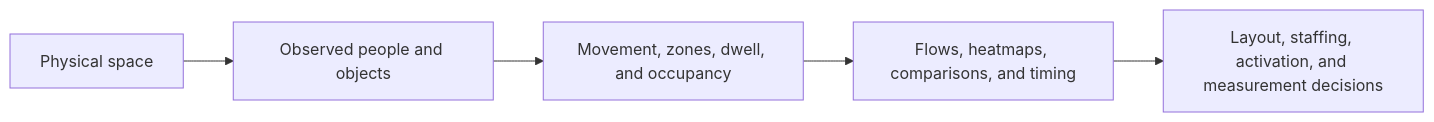
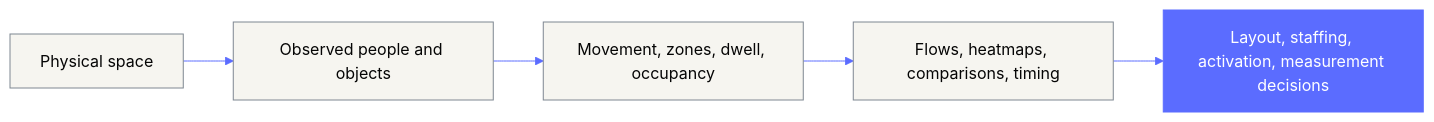
One commit to arielabade/visppy-cv changed the diagram in README.md. Above: the diagram before and after it, drawn with Mermaid. The commit also changed other lines of this file and 10 other files, not shown here.

````diff
--- a/README.md
+++ b/README.md
@@ -54,7 +79,9 @@
 ```mermaid
+%%{init: {'theme':'base','themeVariables':{'primaryColor':'#F6F5F0','primaryTextColor':'#050505','primaryBorderColor':'#7E8791','lineColor':'#5B6CFF','fontFamily':'Lato, Helvetica, Arial, sans-serif'}}}%%
 flowchart LR
     SPACE[Physical space] --> OBS[Observed people and objects]
-    OBS --> MOVEMENT[Movement, zones, dwell, and occupancy]
-    MOVEMENT --> INSIGHT[Flows, heatmaps, comparisons, and timing]
-    INSIGHT --> ACTION[Layout, staffing, activation, and measurement decisions]
+    OBS --> MOVEMENT[Movement, zones, dwell, occupancy]
+    MOVEMENT --> INSIGHT[Flows, heatmaps, comparisons, timing]
+    INSIGHT --> ACTION[Layout, staffing, activation, measurement decisions]
+    style ACTION fill:#5B6CFF,stroke:#5B6CFF,color:#FFFFFF
 ```
````
